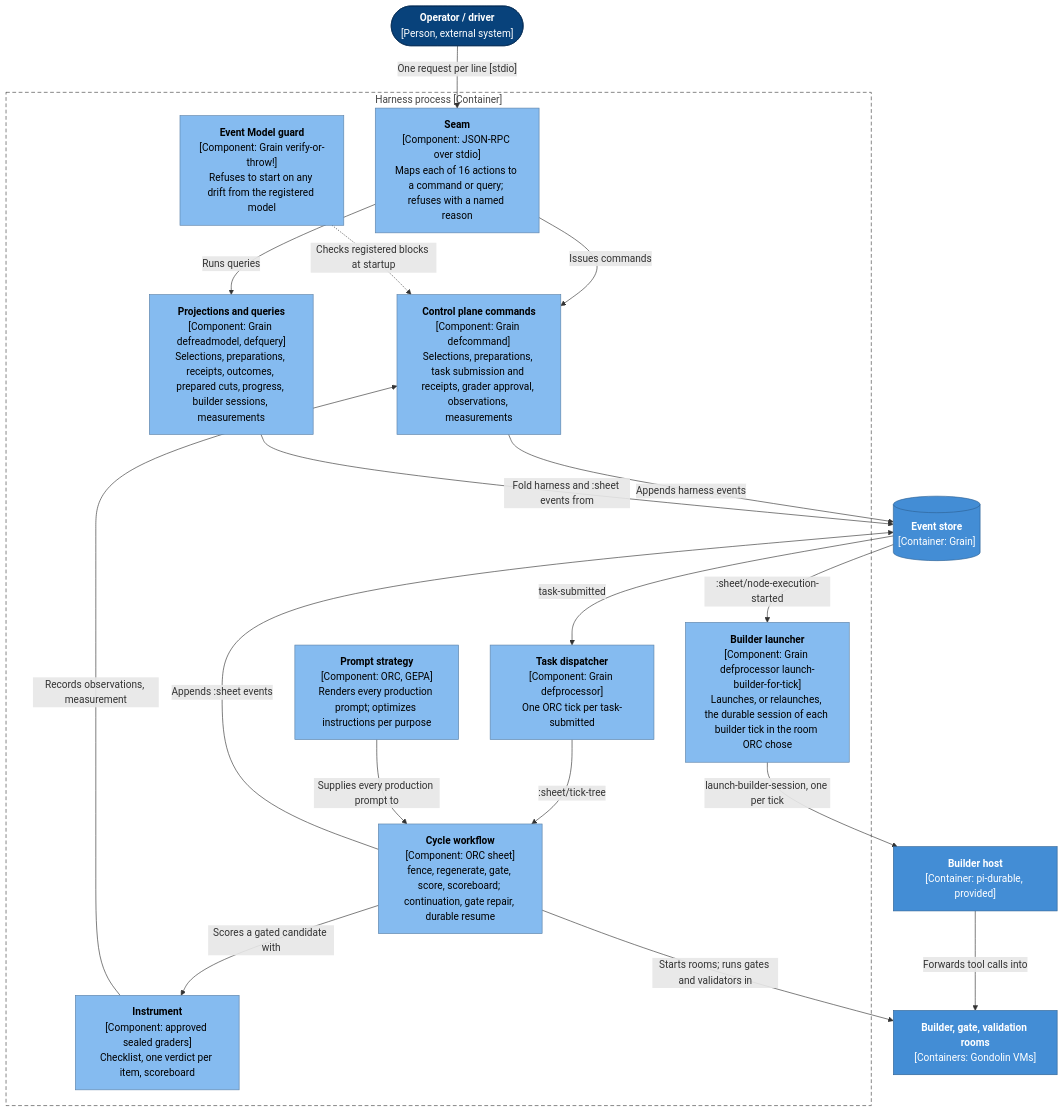
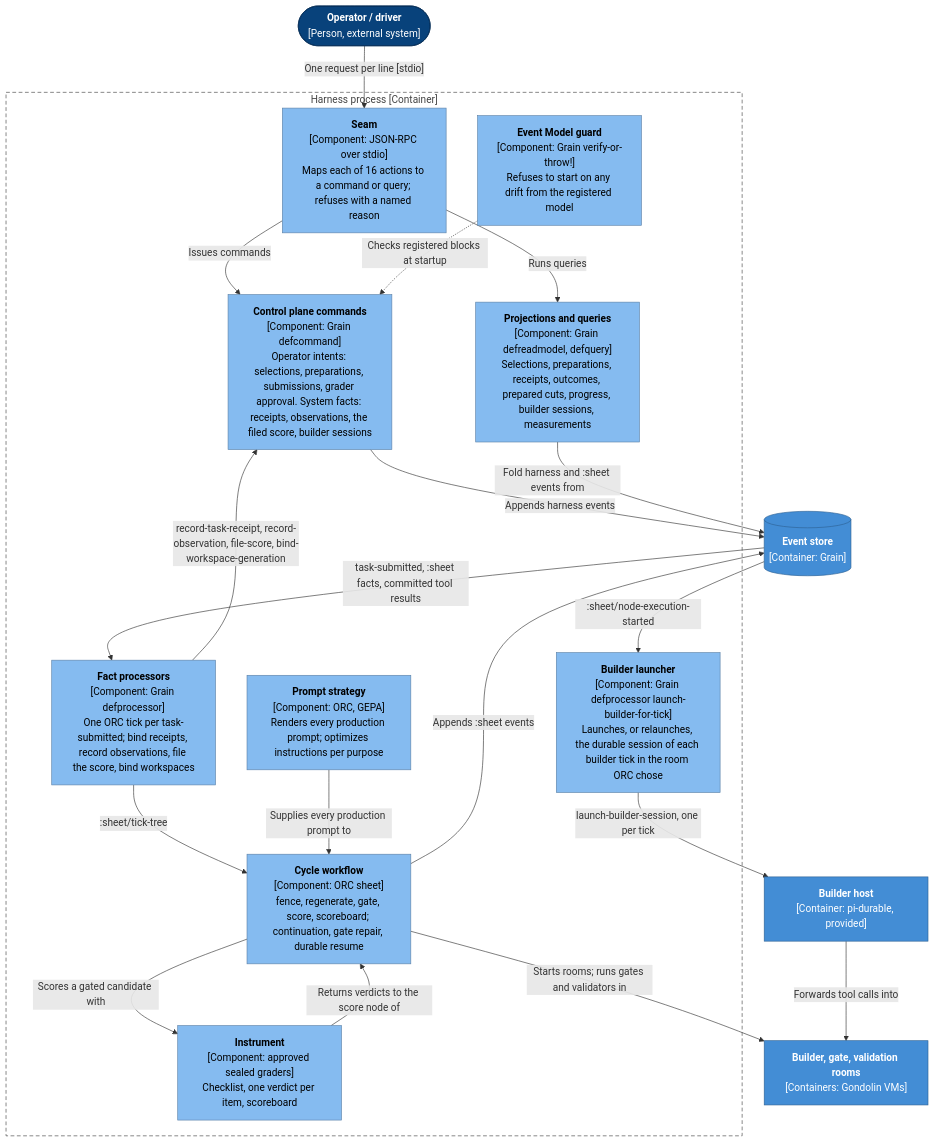
Before and after one commit to scope-impact/loyly: the third of 3 diagrams in .pi/architecture.md, drawn with Mermaid. The commit also changed other lines of this file and 12 other files, not shown here.

First line of the commit message:
Spec: one aggregate per concept, a wired cycle, and no operator-issued facts

````diff
--- a/.pi/architecture.md
+++ b/.pi/architecture.md
@@ -123,49 +123,50 @@
 ```mermaid
 
 flowchart TB
   operator(["<b>Operator / driver</b><br/>[Person, external system]"])
 
   subgraph p ["Harness process [Container]"]
     seam["<b>Seam</b><br/>[Component: JSON-RPC over stdio]<br/>Maps each of 16 actions to a command or query; refuses with a named reason"]
-    control["<b>Control plane commands</b><br/>[Component: Grain defcommand]<br/>Selections, preparations, task submission and receipts, grader approval, observations, measurements"]
+    control["<b>Control plane commands</b><br/>[Component: Grain defcommand]<br/>Operator intents: selections, preparations, submissions, grader approval. System facts: receipts, observations, the filed score, builder sessions"]
     views["<b>Projections and queries</b><br/>[Component: Grain defreadmodel, defquery]<br/>Selections, preparations, receipts, outcomes, prepared cuts, progress, builder sessions, measurements"]
-    dispatch["<b>Task dispatcher</b><br/>[Component: Grain defprocessor]<br/>One ORC tick per task-submitted"]
+    dispatch["<b>Fact processors</b><br/>[Component: Grain defprocessor]<br/>One ORC tick per task-submitted; bind receipts, record observations, file the score, bind workspaces"]
     launcher["<b>Builder launcher</b><br/>[Component: Grain defprocessor launch-builder-for-tick]<br/>Launches, or relaunches, the durable session of each builder tick in the room ORC chose"]
     workflow["<b>Cycle workflow</b><br/>[Component: ORC sheet]<br/>fence, regenerate, gate, score, scoreboard; continuation, gate repair, durable resume"]
     prompts["<b>Prompt strategy</b><br/>[Component: ORC, GEPA]<br/>Renders every production prompt; optimizes instructions per purpose"]
     instrument["<b>Instrument</b><br/>[Component: approved sealed graders]<br/>Checklist, one verdict per item, scoreboard"]
     guard["<b>Event Model guard</b><br/>[Component: Grain verify-or-throw!]<br/>Refuses to start on any drift from the registered model"]
   end
 
   events[("<b>Event store</b><br/>[Container: Grain]")]
   rooms["<b>Builder, gate, validation rooms</b><br/>[Containers: Gondolin VMs]"]
   host["<b>Builder host</b><br/>[Container: pi-durable, provided]"]
 
   operator -- "One request per line [stdio]" --> seam
   seam -- "Issues commands" --> control
   seam -- "Runs queries" --> views
   control -- "Appends harness events" --> events
-  events -- "task-submitted" --> dispatch
+  events -- "task-submitted, :sheet facts, committed tool results" --> dispatch
+  dispatch -- "record-task-receipt, record-observation, file-score, bind-workspace-generation" --> control
   dispatch -- ":sheet/tick-tree" --> workflow
   workflow -- "Appends :sheet events" --> events
   views -- "Fold harness and :sheet events from" --> events
   prompts -- "Supplies every production prompt to" --> workflow
   events -- ":sheet/node-execution-started" --> launcher
   launcher -- "launch-builder-session, one per tick" --> host
   host -- "Forwards tool calls into" --> rooms
   workflow -- "Starts rooms; runs gates and validators in" --> rooms
   workflow -- "Scores a gated candidate with" --> instrument
-  instrument -- "Records observations, measurement" --> control
+  instrument -- "Returns verdicts to the score node of" --> workflow
   guard -. "Checks registered blocks at startup" .-> control
 
   class operator person
   class seam,control,views,dispatch,launcher,workflow,prompts,instrument,guard component
   class events,rooms,host container
   class p boundary
   classDef person fill:#08427b,stroke:#052e56,color:#fff
   classDef system fill:#1168bd,stroke:#0b4884,color:#fff
   classDef external fill:#8a8a8a,stroke:#6b6b6b,color:#fff
   classDef container fill:#438dd5,stroke:#2e6295,color:#fff
   classDef component fill:#85bbf0,stroke:#5d82a8,color:#000
   classDef boundary fill:none,stroke:#444,stroke-dasharray:6 4,color:#444
 ```
````
